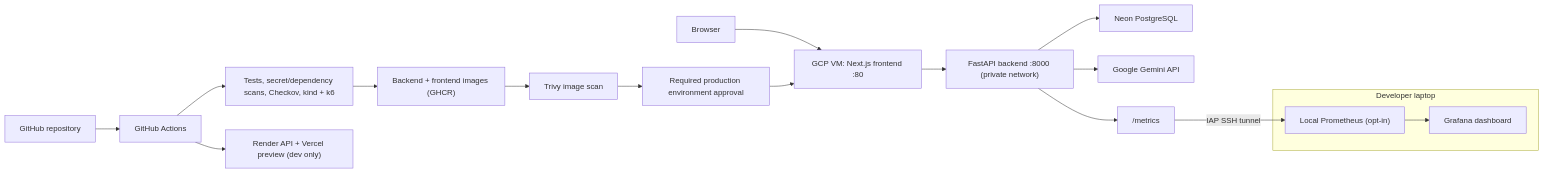
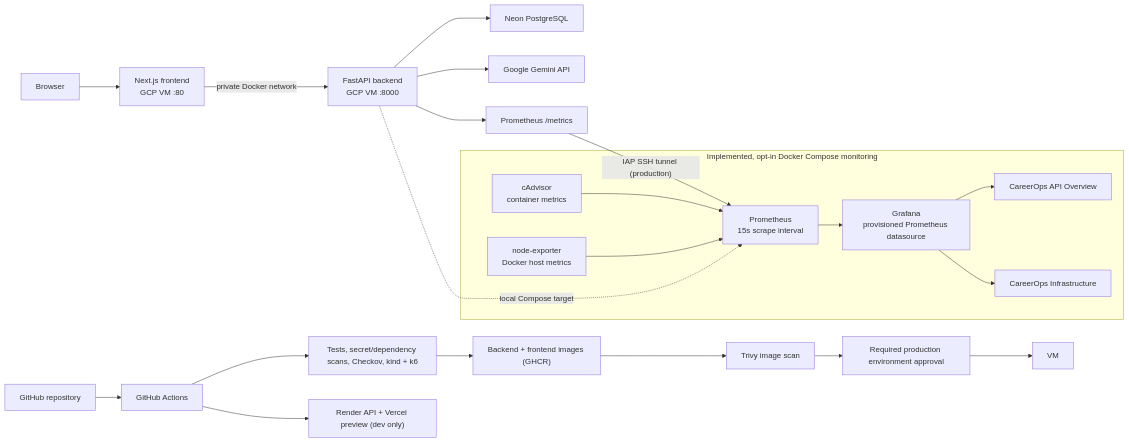
One commit to Ssaiyajin/careerops changed the diagram in README.md. Above: the diagram before and after it, drawn with Mermaid. The commit also changed other lines of this file and 10 other files, not shown here.

````diff
--- a/README.md
+++ b/README.md
@@ -76,22 +76,32 @@
 ```mermaid
 flowchart LR
-    Browser --> VM["GCP VM: Next.js frontend :80"]
-    VM --> API["FastAPI backend :8000 (private network)"]
+    Browser --> Frontend["Next.js frontend<br/>GCP VM :80"]
+    Frontend -->|"private Docker network"| API["FastAPI backend<br/>GCP VM :8000"]
     API --> Database["Neon PostgreSQL"]
     API --> Gemini["Google Gemini API"]
-    API --> Metrics["/metrics"]
-    Metrics -->|IAP SSH tunnel| Prometheus["Local Prometheus (opt-in)"]
-    Prometheus --> Grafana["Grafana dashboard"]
-    subgraph Laptop["Developer laptop"]
-        Prometheus
-        Grafana
+    API --> Metrics["Prometheus /metrics"]
+
+    subgraph Monitoring["Implemented, opt-in Docker Compose monitoring"]
+        Prometheus["Prometheus<br/>15s scrape interval"]
+        Grafana["Grafana<br/>provisioned Prometheus datasource"]
+        CAdvisor["cAdvisor<br/>container metrics"]
+        NodeExporter["node-exporter<br/>Docker host metrics"]
+        ApiDashboard["CareerOps API Overview"]
+        InfraDashboard["CareerOps Infrastructure"]
+        CAdvisor --> Prometheus
+        NodeExporter --> Prometheus
+        Prometheus --> Grafana
+        Grafana --> ApiDashboard
+        Grafana --> InfraDashboard
     end
+    Metrics -->|"IAP SSH tunnel (production)"| Prometheus
+    API -. "local Compose target" .-> Prometheus
 
     Repo["GitHub repository"] --> Actions["GitHub Actions"]
     Actions --> Checks["Tests, secret/dependency scans, Checkov, kind + k6"]
     Checks --> Images["Backend + frontend images (GHCR)"]
     Images --> Scan["Trivy image scan"]
     Scan --> Approval["Required production environment approval"]
     Approval --> VM
     Actions --> Dev["Render API + Vercel preview (dev only)"]
 ```
````
